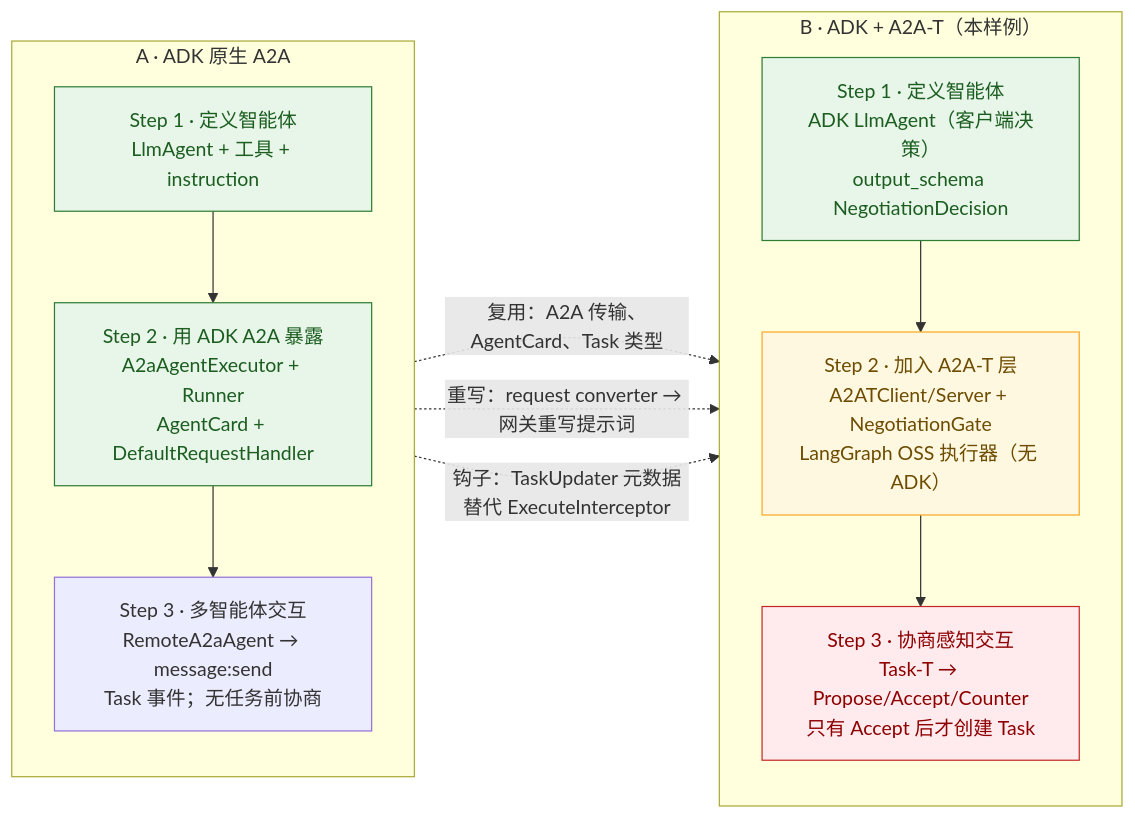
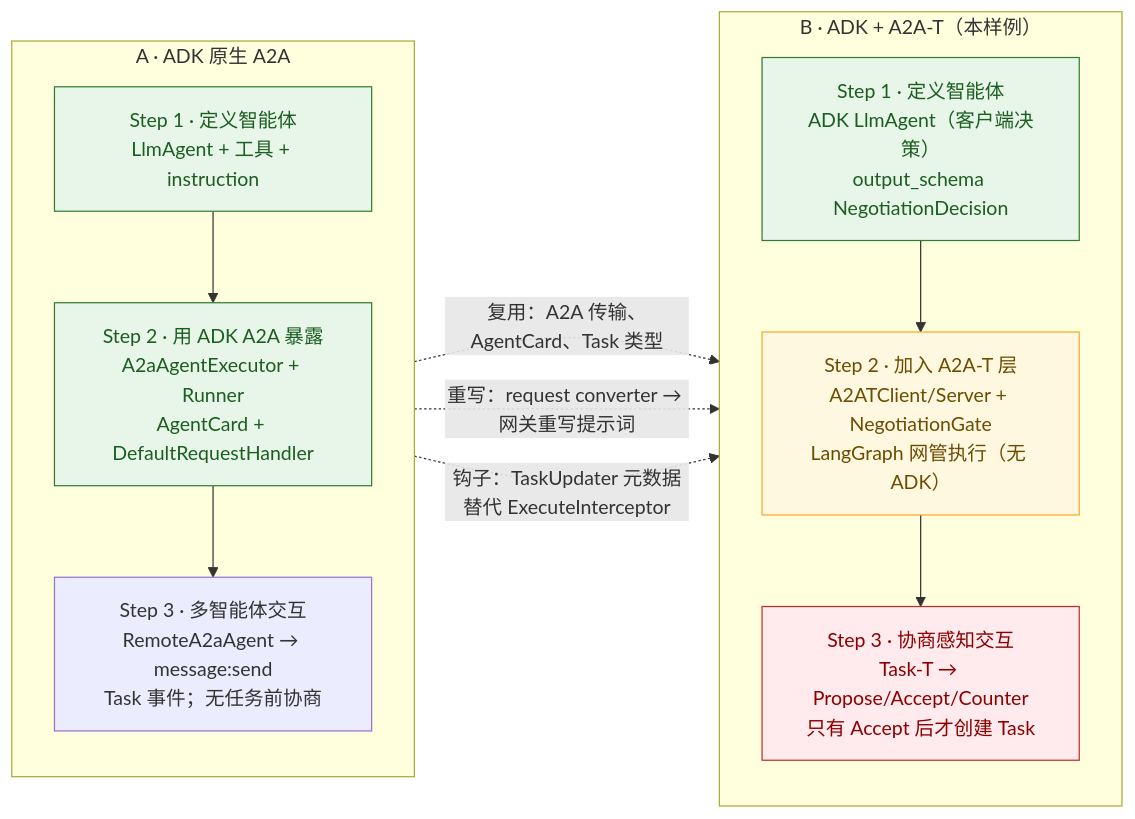
One commit to codetalks-hw/a2a-t-sdk-python changed the seventh of 9 diagrams in a2a-t-sample/ran-energy-saving/README-zh.md. Above: the diagram before and after it, drawn with Mermaid. The commit also changed other lines of this file and 1 other file, not shown here.

First line of the commit message:
docs(ran-sample): add a business view and correct the oss role

````diff
--- a/a2a-t-sample/ran-energy-saving/README-zh.md
+++ b/a2a-t-sample/ran-energy-saving/README-zh.md
@@ -293,29 +323,29 @@
 ```mermaid
 flowchart LR
     subgraph LEFT["A · ADK 原生 A2A"]
         direction TB
         L1["Step 1 · 定义智能体<br/>LlmAgent + 工具 + instruction"]
         L2["Step 2 · 用 ADK A2A 暴露<br/>A2aAgentExecutor + Runner<br/>AgentCard + DefaultRequestHandler"]
         L3["Step 3 · 多智能体交互<br/>RemoteA2aAgent → message:send<br/>Task 事件；无任务前协商"]
         L1 --> L2 --> L3
     end
 
     subgraph RIGHT["B · ADK + A2A-T（本样例）"]
         direction TB
         R1["Step 1 · 定义智能体<br/>ADK LlmAgent（客户端决策）<br/>output_schema NegotiationDecision"]
-        R2["Step 2 · 加入 A2A-T 层<br/>A2ATClient/Server + NegotiationGate<br/>LangGraph OSS 执行器（无 ADK）"]
+        R2["Step 2 · 加入 A2A-T 层<br/>A2ATClient/Server + NegotiationGate<br/>LangGraph 网管执行（无 ADK）"]
         R3["Step 3 · 协商感知交互<br/>Task-T → Propose/Accept/Counter<br/>只有 Accept 后才创建 Task"]
         R1 --> R2 --> R3
     end
 
     L2 -. "复用：A2A 传输、AgentCard、Task 类型" .-> R2
     L2 -. "重写：request converter → 网关重写提示词" .-> R2
     L3 -. "钩子：TaskUpdater 元数据替代 ExecuteInterceptor" .-> R3
 
     classDef reuse fill:#e8f5e9,stroke:#2e7d32,color:#1b5e20;
     classDef hook fill:#fff8e1,stroke:#f9a825,color:#6d4c00;
     classDef rewrite fill:#ffebee,stroke:#c62828,color:#8e0000;
     class L1,L2,R1 reuse;
     class R2 hook;
     class R3 rewrite;
 ```
````
